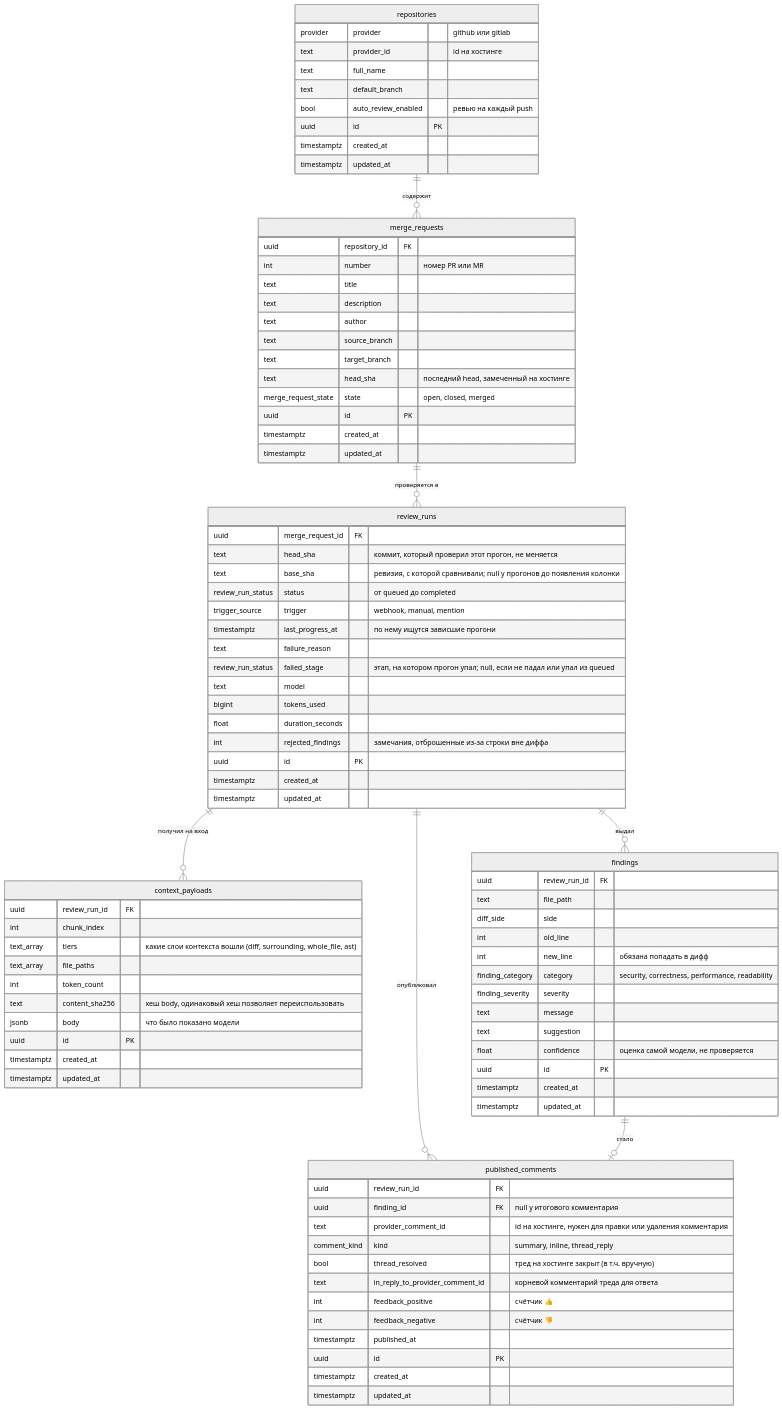
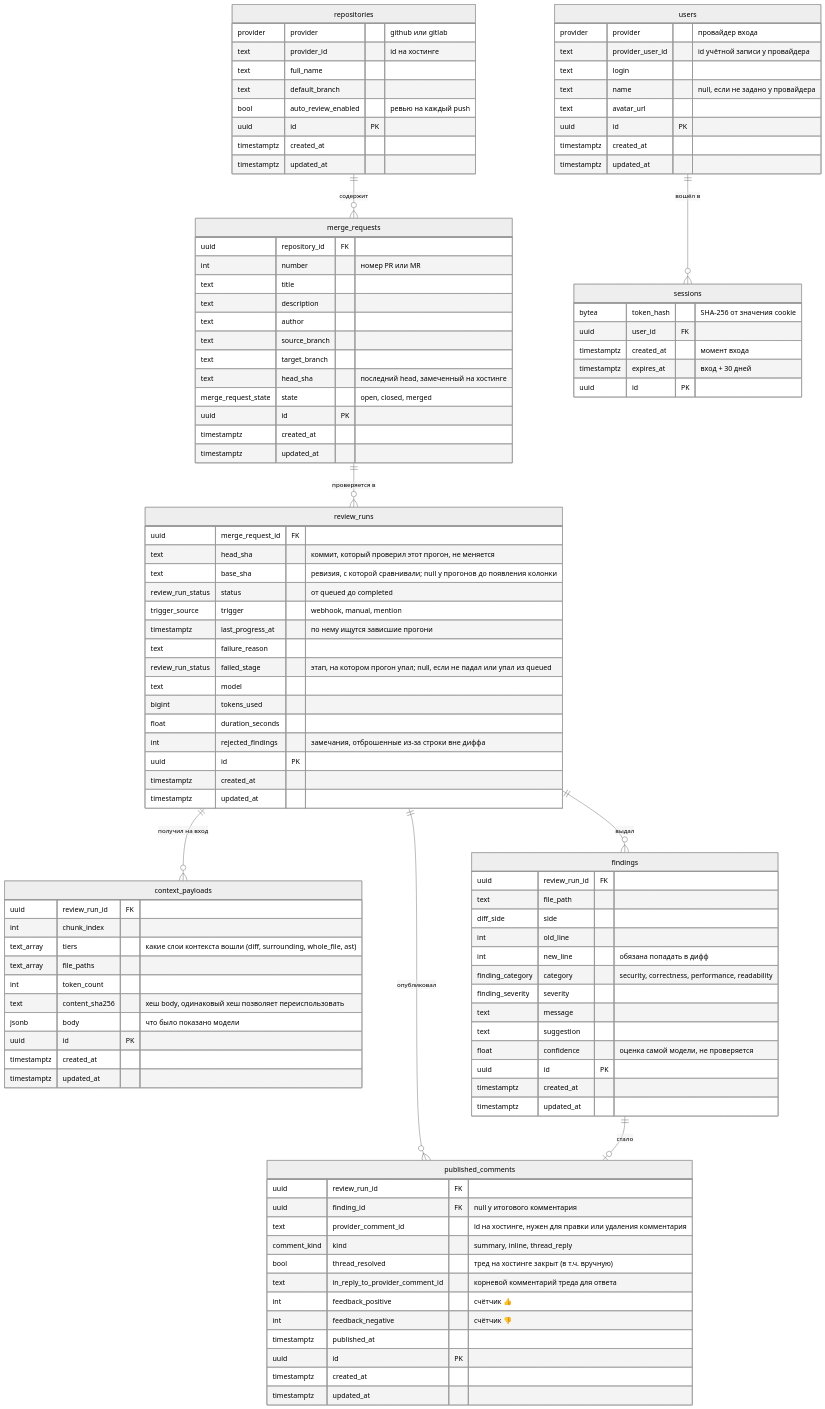
The diagram in docs/erd.md (larchanka-training/dmc-268-api-t1), drawn with Mermaid (neutral theme) before and after one commit. The commit also changed other lines of this file and 97 other files, not shown here.

First line of the commit message:
feat: вход через GitHub и сессия в httpOnly cookie (#47)

````diff
--- a/docs/erd.md
+++ b/docs/erd.md
@@ -16,6 +17,7 @@
     review_runs ||--o{ findings : "выдал"
     review_runs ||--o{ published_comments : "опубликовал"
     findings ||--o| published_comments : "стало"
+    users ||--o{ sessions : "вошёл в"
 
     repositories {
         provider provider "github или gitlab"
@@ -99,4 +101,21 @@
         timestamptz created_at
         timestamptz updated_at
     }
+    users {
+        provider provider "провайдер входа"
+        text provider_user_id "id учётной записи у провайдера"
+        text login
+        text name "null, если не задано у провайдера"
+        text avatar_url
+        uuid id PK
+        timestamptz created_at
+        timestamptz updated_at
+    }
+    sessions {
+        bytea token_hash "SHA-256 от значения cookie"
+        uuid user_id FK
+        timestamptz created_at "момент входа"
+        timestamptz expires_at "вход + 30 дней"
+        uuid id PK
+    }
 ```
````
